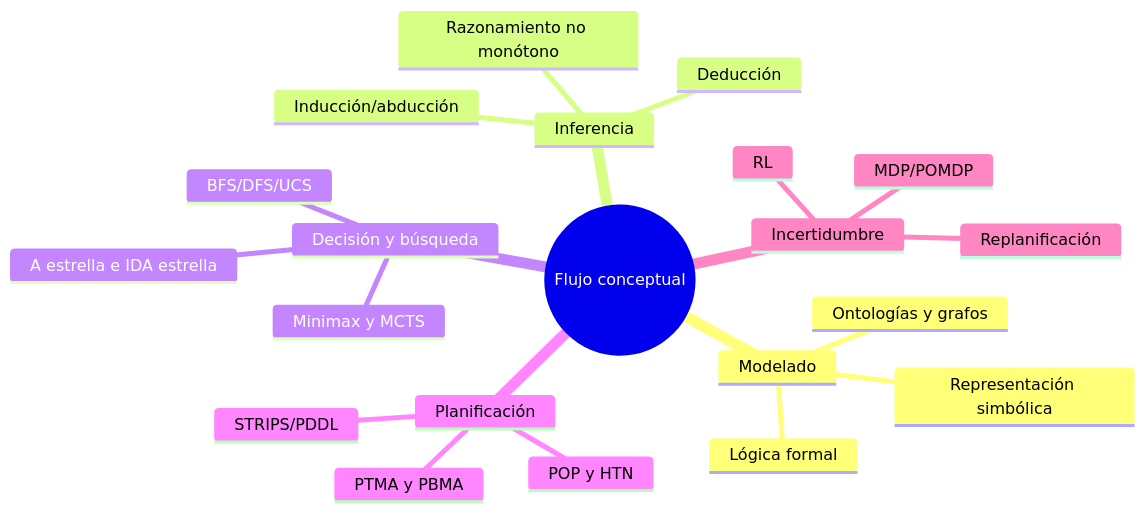
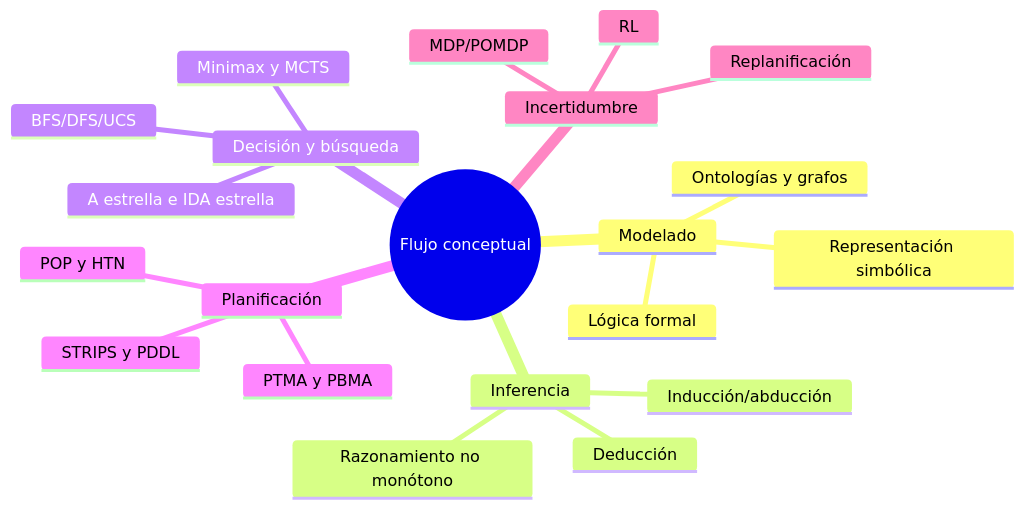
One commit to rgglez/rgglez-website changed diagram 16 of 17 in src/src/data/blog/2026/05/es/glosario-razonamiento-planificacion.mdx. Above: the diagram before and after it, drawn with Mermaid. The commit also changed other lines of this file, not shown here.

````diff
--- a/src/src/data/blog/2026/05/es/glosario-razonamiento-planificacion.mdx
+++ b/src/src/data/blog/2026/05/es/glosario-razonamiento-planificacion.mdx
@@ -2162,24 +2366,24 @@
 ```mermaid
 mindmap
   root(("Flujo conceptual"))
     Modelado
       Representación simbólica
       Ontologías y grafos
       Lógica formal
     Inferencia
       Deducción
       Inducción/abducción
       Razonamiento no monótono
     Decisión y búsqueda
       BFS/DFS/UCS
       A estrella e IDA estrella
       Minimax y MCTS
     Planificación
-      STRIPS/PDDL
+      STRIPS y PDDL
       POP y HTN
       PTMA y PBMA
     Incertidumbre
       MDP/POMDP
       Replanificación
       RL
 ```
````
